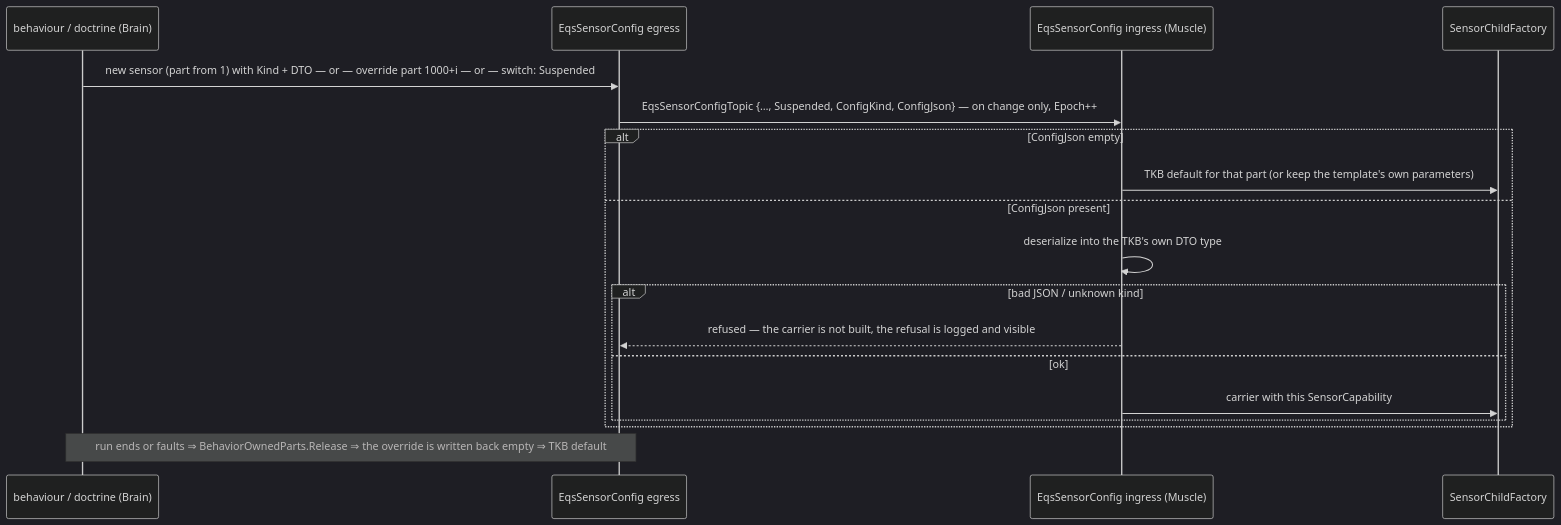
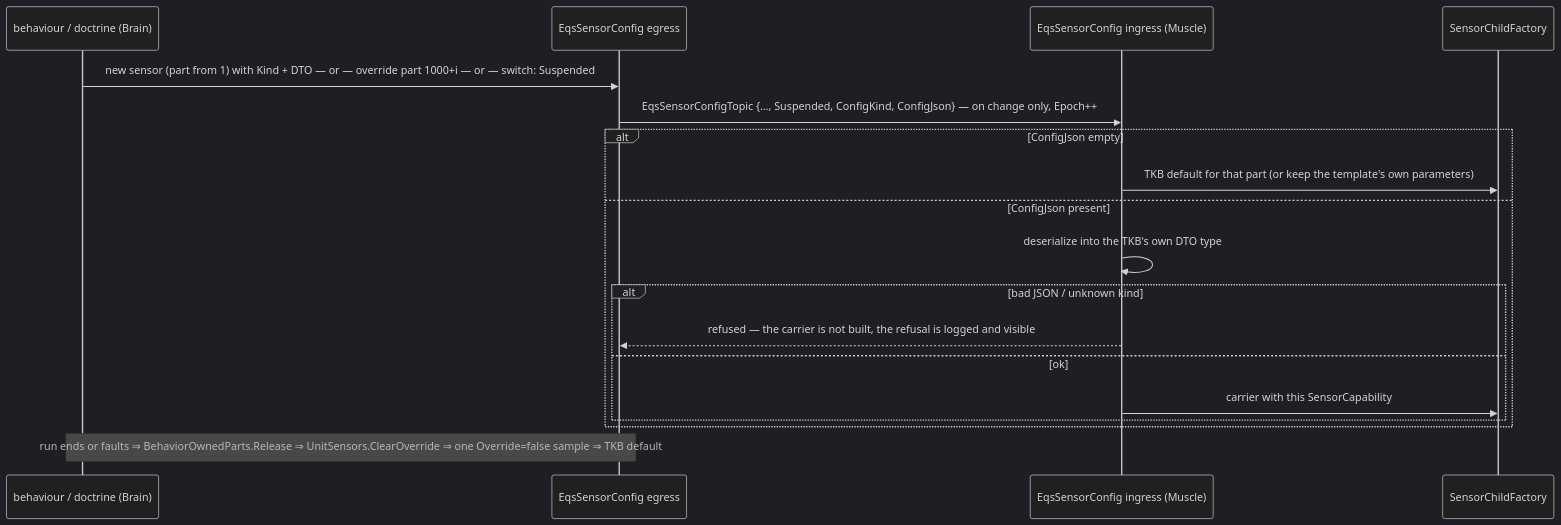
The fourth of 10 diagrams in docs/DESIGN_Sensors_And_Doctrine.md (pjanec/HROT), drawn with Mermaid (dark theme) before and after one commit. The commit also changed other lines of this file and 22 other files, not shown here.

First line of the commit message:
CE-3036 (S3): TKB sensor list + one sensor child factory; CE-3045 derived parts never saved; CE-3049 epoch stamp aliasing

````diff
--- a/docs/DESIGN_Sensors_And_Doctrine.md
+++ b/docs/DESIGN_Sensors_And_Doctrine.md
@@ -186,20 +196,20 @@
 ```mermaid
 sequenceDiagram
   participant BH as behaviour / doctrine (Brain)
   participant CE as EqsSensorConfig egress
   participant CI as EqsSensorConfig ingress (Muscle)
   participant F as SensorChildFactory
   BH->>CE: new sensor (part from 1) with Kind + DTO — or — override part 1000+i — or — switch: Suspended
   CE->>CI: EqsSensorConfigTopic {…, Suspended, ConfigKind, ConfigJson} — on change only, Epoch++
   alt ConfigJson empty
     CI->>F: TKB default for that part (or keep the template's own parameters)
   else ConfigJson present
     CI->>CI: deserialize into the TKB's own DTO type
     alt bad JSON / unknown kind
       CI-->>CE: refused — the carrier is not built, the refusal is logged and visible
     else ok
       CI->>F: carrier with this SensorCapability
     end
   end
-  Note over BH,CE: run ends or faults ⇒ BehaviorOwnedParts.Release ⇒ the override is written back empty ⇒ TKB default
+  Note over BH,CE: run ends or faults ⇒ BehaviorOwnedParts.Release ⇒ UnitSensors.ClearOverride ⇒ one Override=false sample ⇒ TKB default
 ```
````
